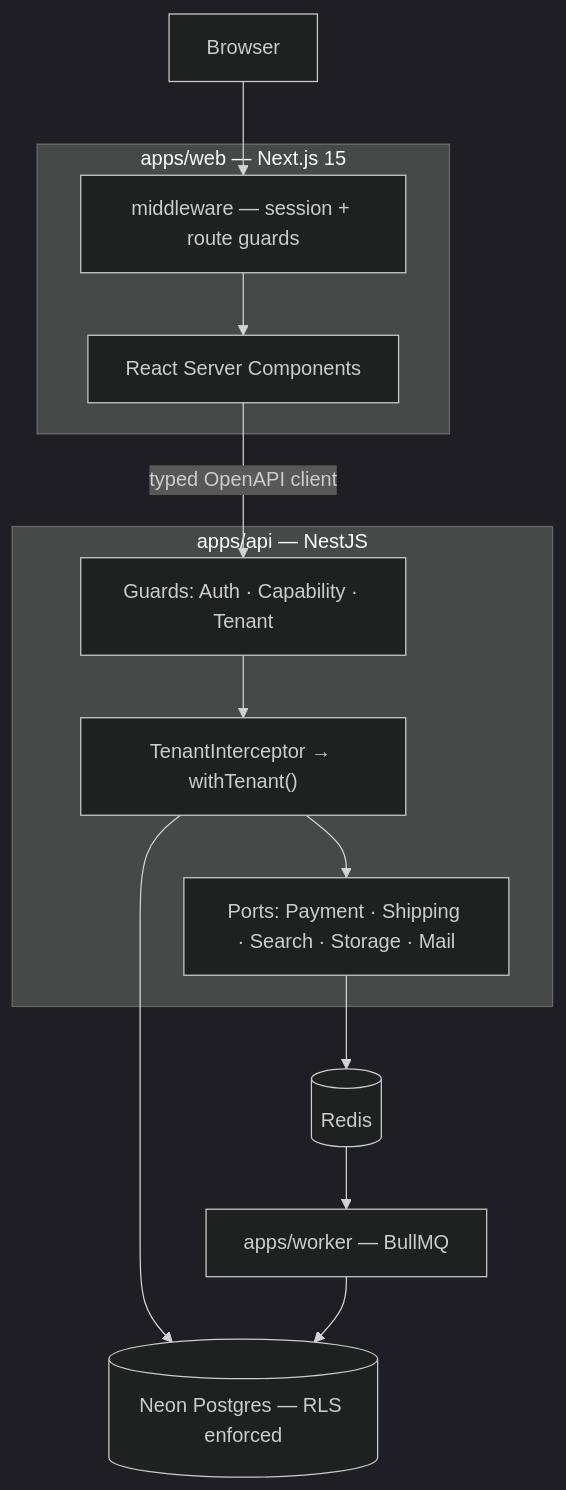
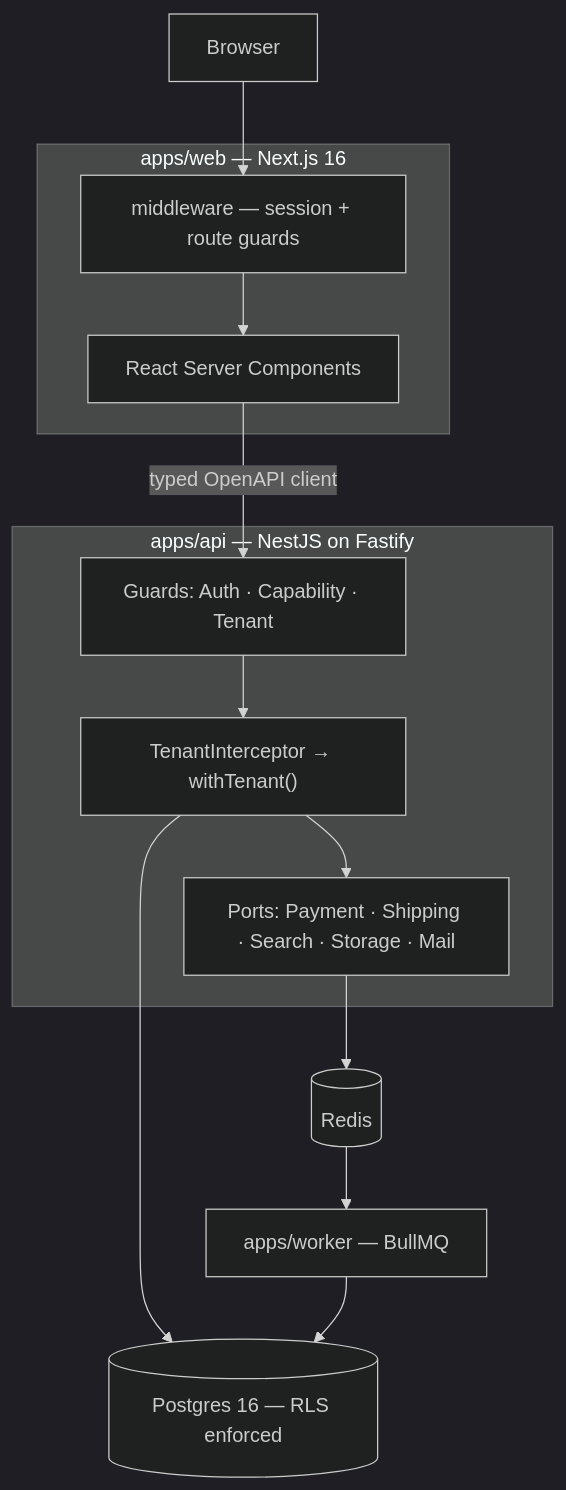
Before and after one commit to iamshihab2020/hossain-pharma: the diagram in README.md, drawn with Mermaid (dark theme). The commit also changed other lines of this file and 8 other files, not shown here.

````diff
--- a/README.md
+++ b/README.md
@@ -41,23 +102,23 @@
 ```mermaid
 graph TB
     B["Browser"]
-    subgraph WEB["apps/web — Next.js 15"]
+    subgraph WEB["apps/web — Next.js 16"]
         RSC["React Server Components"]
         MW["middleware — session + route guards"]
     end
-    subgraph API["apps/api — NestJS"]
+    subgraph API["apps/api — NestJS on Fastify"]
         G["Guards: Auth · Capability · Tenant"]
         I["TenantInterceptor → withTenant()"]
         P["Ports: Payment · Shipping · Search · Storage · Mail"]
     end
     W["apps/worker — BullMQ"]
-    DB[("Neon Postgres — RLS enforced")]
+    DB[("Postgres 16 — RLS enforced")]
     R[("Redis")]
 
     B --> MW --> RSC
     RSC -->|typed OpenAPI client| G
     G --> I --> P
     I --> DB
     W --> DB
     P --> R --> W
 ```
````
